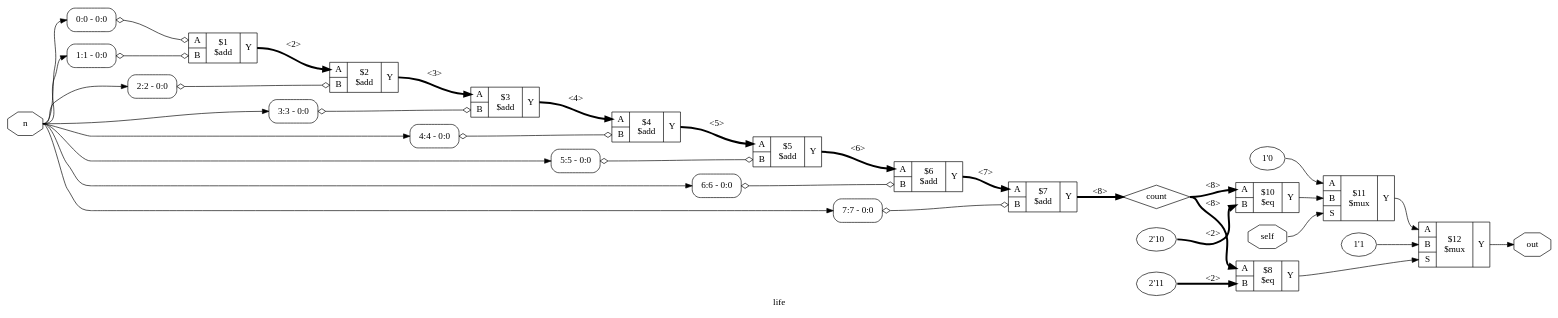
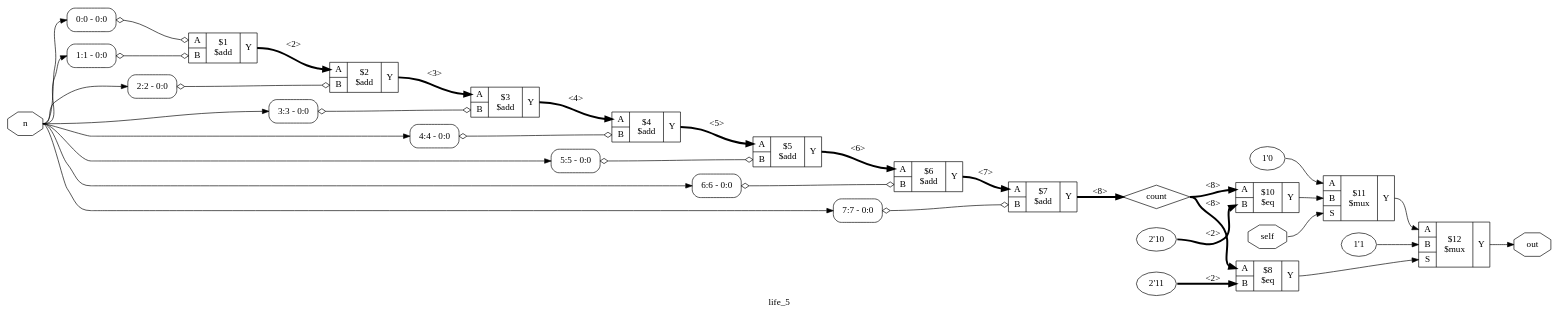
Before and after one commit to theo-learner/bFlow: the diagram in dot/life_5_df.dot, drawn with Graphviz. The commit also changed 57 other files, not shown here.

```diff
--- a/dot/life_5_df.dot
+++ b/dot/life_5_df.dot
@@ -1,66 +1,66 @@
-digraph "life" {
-label="life";
+digraph "life_5" {
+label="life_5";
 rankdir="LR";
 remincross=true;
 n2 [ shape=octagon, label="self", color="black", fontcolor="black" ];
 n3 [ shape=octagon, label="n", color="black", fontcolor="black" ];
 n4 [ shape=octagon, label="out", color="black", fontcolor="black" ];
 n5 [ shape=diamond, label="count", color="black", fontcolor="black" ];
 c18 [ shape=record, label="{{<p15> A|<p16> B}|$1\n$add|{<p17> Y}}" ];
 x0 [ shape=record, style=rounded, label="<s0> 0:0 - 0:0 " ];
 x0:e -> c18:p15:w [arrowhead=odiamond, arrowtail=odiamond, dir=both, color="black", label=""];
 x1 [ shape=record, style=rounded, label="<s0> 1:1 - 0:0 " ];
 x1:e -> c18:p16:w [arrowhead=odiamond, arrowtail=odiamond, dir=both, color="black", label=""];
 c19 [ shape=record, label="{{<p15> A|<p16> B}|$2\n$add|{<p17> Y}}" ];
 x2 [ shape=record, style=rounded, label="<s0> 2:2 - 0:0 " ];
 x2:e -> c19:p16:w [arrowhead=odiamond, arrowtail=odiamond, dir=both, color="black", label=""];
 c20 [ shape=record, label="{{<p15> A|<p16> B}|$3\n$add|{<p17> Y}}" ];
 x3 [ shape=record, style=rounded, label="<s0> 3:3 - 0:0 " ];
 x3:e -> c20:p16:w [arrowhead=odiamond, arrowtail=odiamond, dir=both, color="black", label=""];
 c21 [ shape=record, label="{{<p15> A|<p16> B}|$4\n$add|{<p17> Y}}" ];
 x4 [ shape=record, style=rounded, label="<s0> 4:4 - 0:0 " ];
 x4:e -> c21:p16:w [arrowhead=odiamond, arrowtail=odiamond, dir=both, color="black", label=""];
 c22 [ shape=record, label="{{<p15> A|<p16> B}|$5\n$add|{<p17> Y}}" ];
 x5 [ shape=record, style=rounded, label="<s0> 5:5 - 0:0 " ];
 x5:e -> c22:p16:w [arrowhead=odiamond, arrowtail=odiamond, dir=both, color="black", label=""];
 c23 [ shape=record, label="{{<p15> A|<p16> B}|$6\n$add|{<p17> Y}}" ];
 x6 [ shape=record, style=rounded, label="<s0> 6:6 - 0:0 " ];
 x6:e -> c23:p16:w [arrowhead=odiamond, arrowtail=odiamond, dir=both, color="black", label=""];
 c24 [ shape=record, label="{{<p15> A|<p16> B}|$7\n$add|{<p17> Y}}" ];
 x7 [ shape=record, style=rounded, label="<s0> 7:7 - 0:0 " ];
 x7:e -> c24:p16:w [arrowhead=odiamond, arrowtail=odiamond, dir=both, color="black", label=""];
 v8 [ label="2'11" ];
 c25 [ shape=record, label="{{<p15> A|<p16> B}|$8\n$eq|{<p17> Y}}" ];
 v9 [ label="2'10" ];
 c26 [ shape=record, label="{{<p15> A|<p16> B}|$10\n$eq|{<p17> Y}}" ];
 v10 [ label="1'0" ];
 c28 [ shape=record, label="{{<p15> A|<p16> B|<p27> S}|$11\n$mux|{<p17> Y}}" ];
 v11 [ label="1'1" ];
 c29 [ shape=record, label="{{<p15> A|<p16> B|<p27> S}|$12\n$mux|{<p17> Y}}" ];
 c22:p17:e -> c23:p15:w [color="black", style="setlinewidth(3)", label="<6>"];
 c23:p17:e -> c24:p15:w [color="black", style="setlinewidth(3)", label="<7>"];
 c25:p17:e -> c29:p27:w [color="black", label=""];
 c26:p17:e -> c28:p16:w [color="black", label=""];
 c28:p17:e -> c29:p15:w [color="black", label=""];
 n2:e -> c28:p27:w [color="black", label=""];
 n3:e -> x0:s0:w [color="black", label=""];
 n3:e -> x1:s0:w [color="black", label=""];
 n3:e -> x2:s0:w [color="black", label=""];
 n3:e -> x3:s0:w [color="black", label=""];
 n3:e -> x4:s0:w [color="black", label=""];
 n3:e -> x5:s0:w [color="black", label=""];
 n3:e -> x6:s0:w [color="black", label=""];
 n3:e -> x7:s0:w [color="black", label=""];
 c29:p17:e -> n4:w [color="black", label=""];
 c24:p17:e -> n5:w [color="black", style="setlinewidth(3)", label="<8>"];
 n5:e -> c25:p15:w [color="black", style="setlinewidth(3)", label="<8>"];
 n5:e -> c26:p15:w [color="black", style="setlinewidth(3)", label="<8>"];
 c18:p17:e -> c19:p15:w [color="black", style="setlinewidth(3)", label="<2>"];
 c19:p17:e -> c20:p15:w [color="black", style="setlinewidth(3)", label="<3>"];
 c20:p17:e -> c21:p15:w [color="black", style="setlinewidth(3)", label="<4>"];
 c21:p17:e -> c22:p15:w [color="black", style="setlinewidth(3)", label="<5>"];
 v10:e -> c28:p15:w [color="black", label=""];
 v11:e -> c29:p16:w [color="black", label=""];
 v8:e -> c25:p16:w [color="black", style="setlinewidth(3)", label="<2>"];
 v9:e -> c26:p16:w [color="black", style="setlinewidth(3)", label="<2>"];
 }
```
